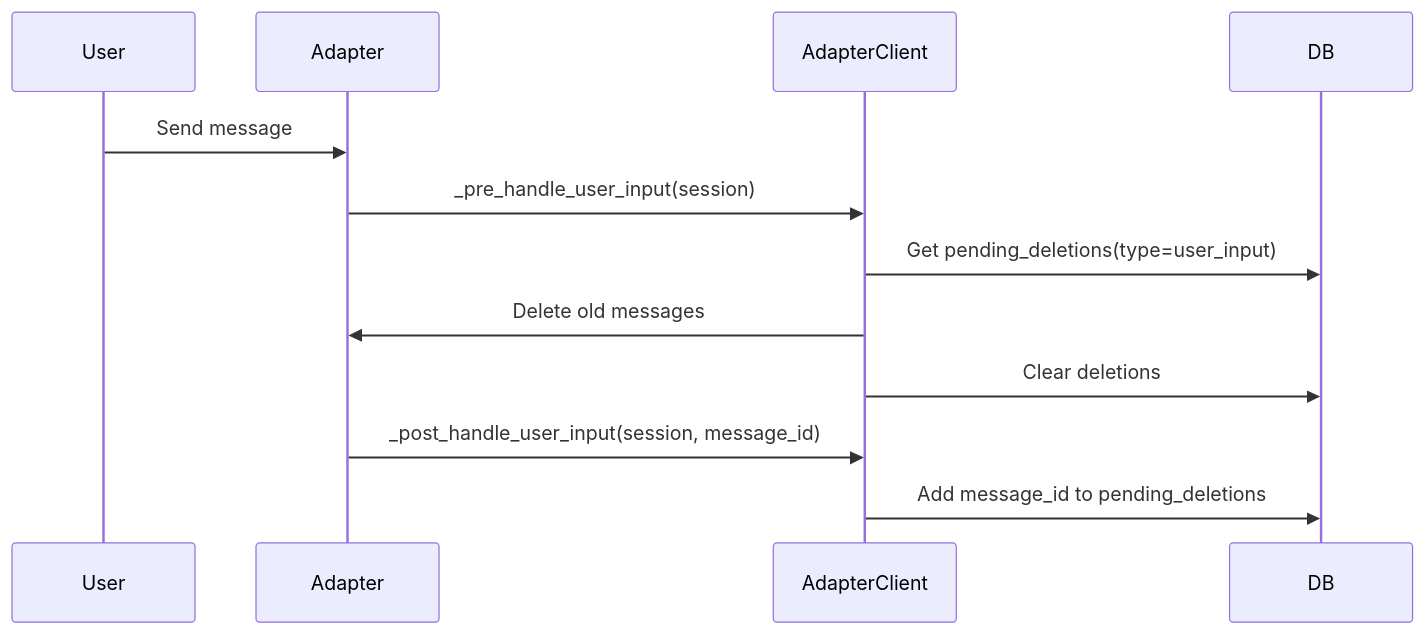
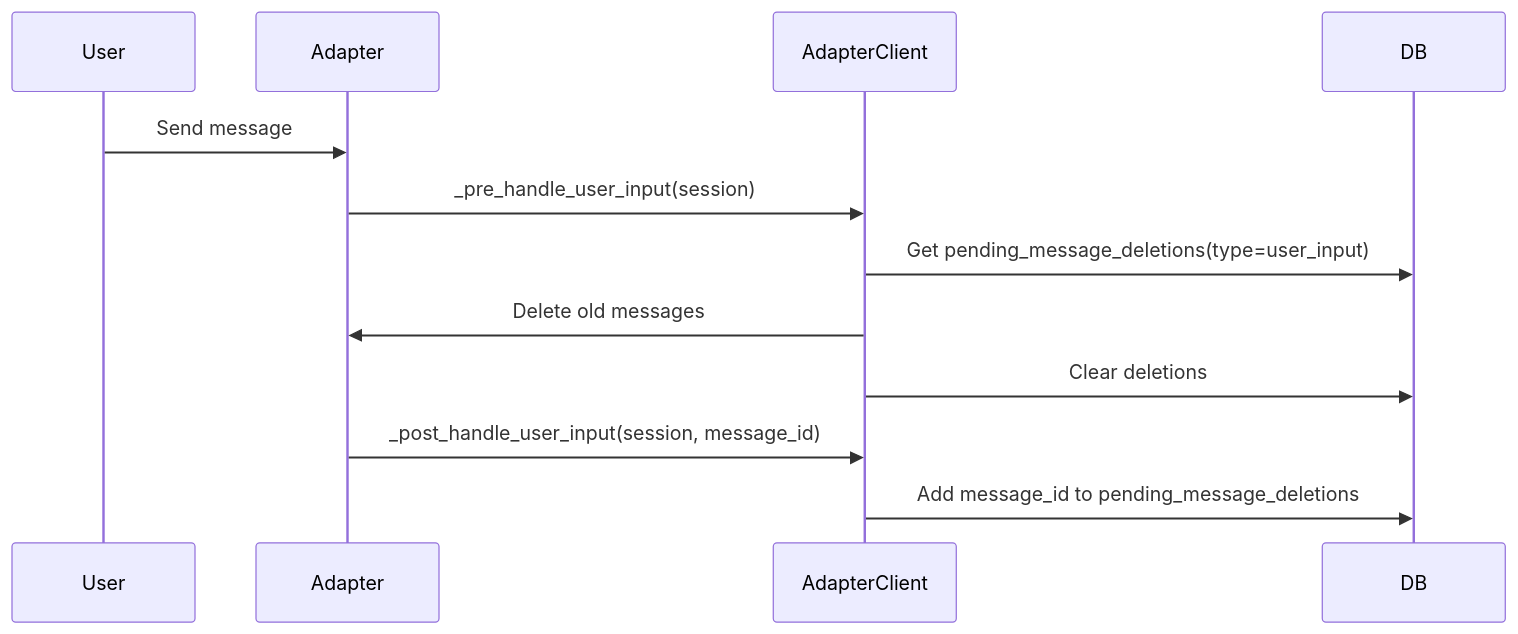
One commit to InstruktAI/TeleClaude changed the fourth of 5 diagrams in docs/project/design/architecture/adapter-client.md. Above: the diagram before and after it, drawn with Mermaid. The commit also changed 80 other files, not shown here.

````diff
--- a/docs/project/design/architecture/adapter-client.md
+++ b/docs/project/design/architecture/adapter-client.md
@@ -105,15 +105,15 @@
 ```mermaid
 sequenceDiagram
     participant User
     participant Adapter
     participant AC as AdapterClient
     participant DB
 
     User->>Adapter: Send message
     Adapter->>AC: _pre_handle_user_input(session)
-    AC->>DB: Get pending_deletions(type=user_input)
+    AC->>DB: Get pending_message_deletions(type=user_input)
     AC->>Adapter: Delete old messages
     AC->>DB: Clear deletions
     Adapter->>AC: _post_handle_user_input(session, message_id)
-    AC->>DB: Add message_id to pending_deletions
+    AC->>DB: Add message_id to pending_message_deletions
 ```
````
